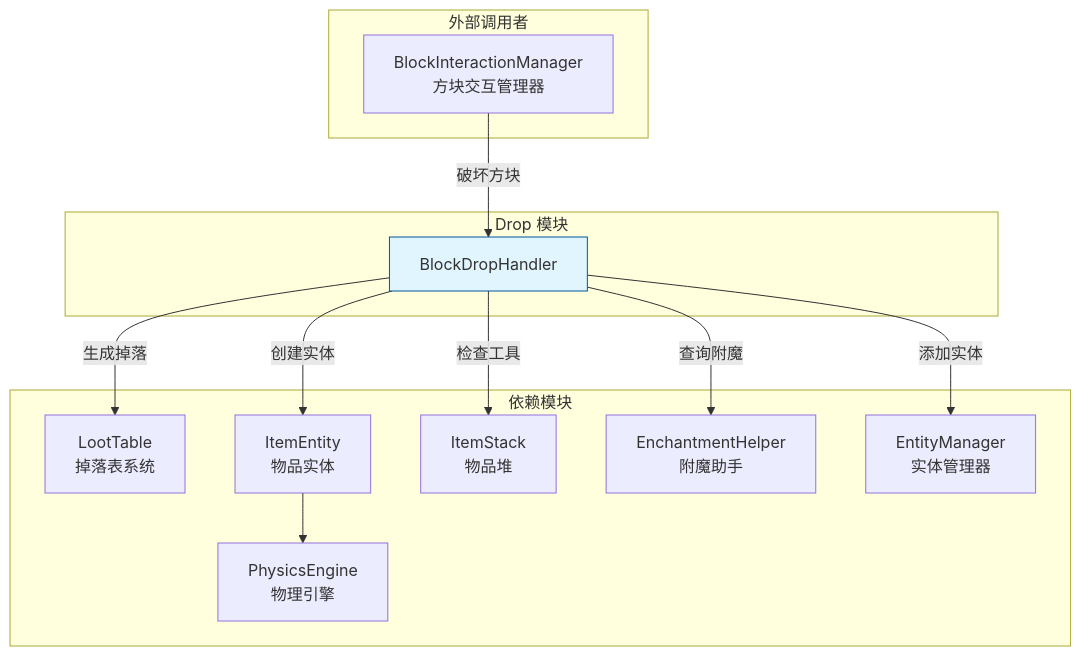
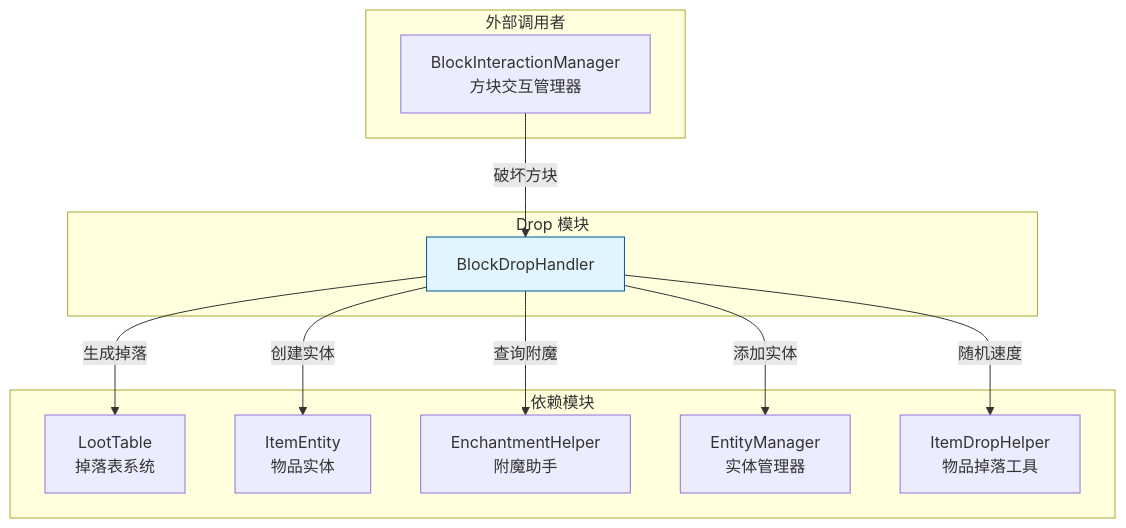
Before and after one commit to g122622/Cubium: the diagram in src/server/world/drop/README.md, drawn with Mermaid. The commit also changed other lines of this file and 298 other files, not shown here.

````diff
--- a/src/server/world/drop/README.md
+++ b/src/server/world/drop/README.md
@@ -15,29 +15,27 @@
 ```mermaid
 graph TB
     subgraph Drop["Drop 模块"]
         BDH[BlockDropHandler]
     end
 
     subgraph 外部调用者
         BIM[BlockInteractionManager<br/>方块交互管理器]
     end
 
     subgraph 依赖模块
         LT[LootTable<br/>掉落表系统]
         IE[ItemEntity<br/>物品实体]
-        IS[ItemStack<br/>物品堆]
         EH[EnchantmentHelper<br/>附魔助手]
         EM[EntityManager<br/>实体管理器]
-        PE[PhysicsEngine<br/>物理引擎]
+        IDH[ItemDropHelper<br/>物品掉落工具]
     end
 
     BIM -->|破坏方块| BDH
     BDH -->|生成掉落| LT
     BDH -->|创建实体| IE
-    BDH -->|检查工具| IS
     BDH -->|查询附魔| EH
     BDH -->|添加实体| EM
-    IE --> PE
+    BDH -->|随机速度| IDH
 
     style BDH fill:#e1f5fe,stroke:#01579b
 ```
````
